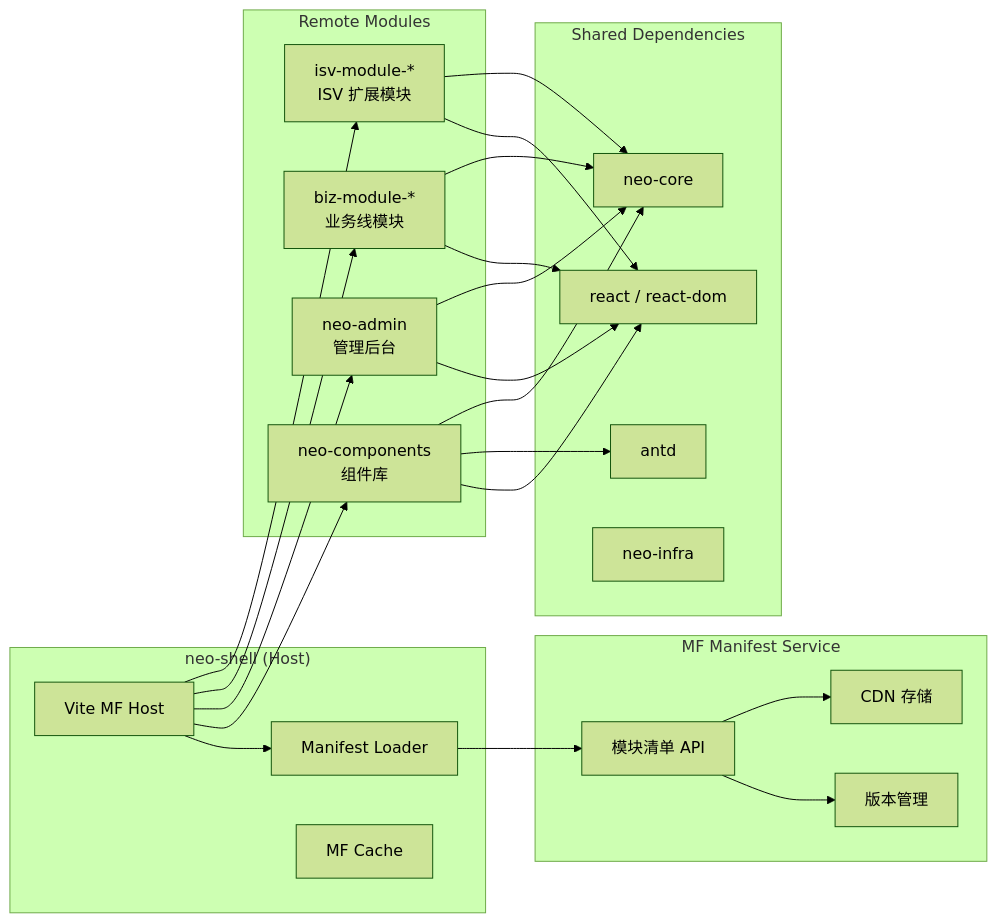
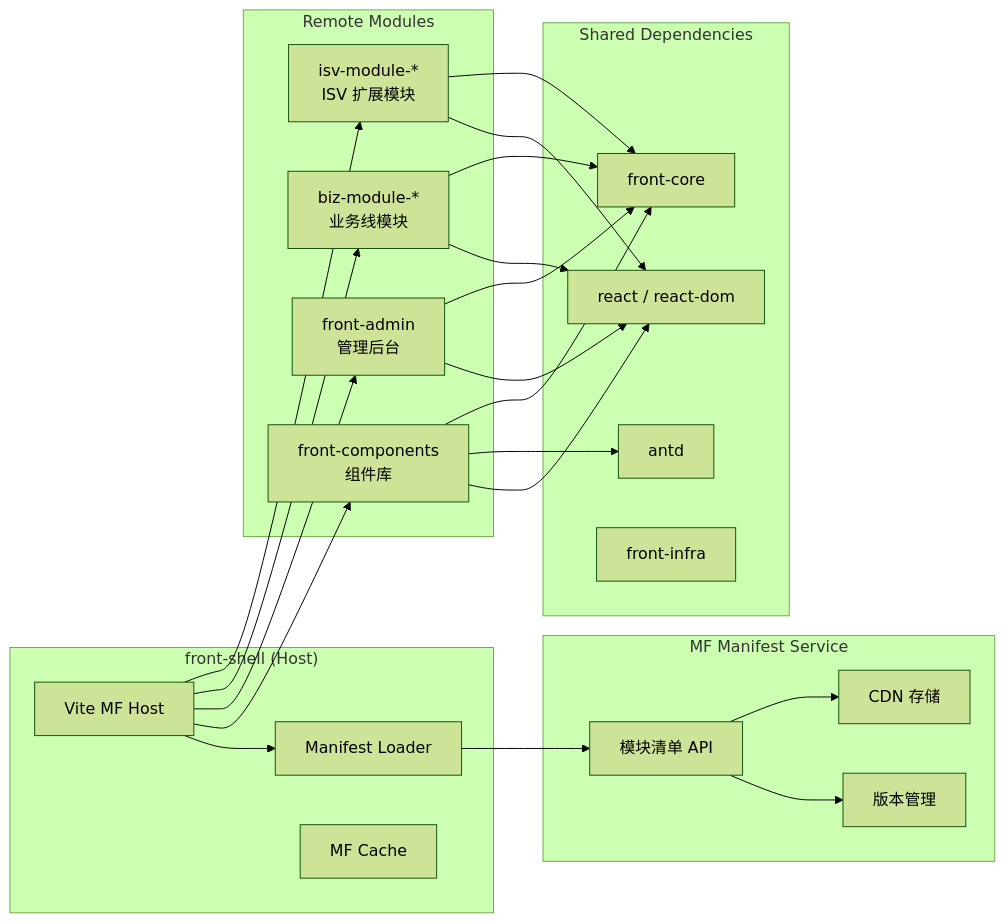
One commit to chengqipeng/ai-pm-team changed the second of 6 diagrams in product-specs/frontend-framework/新一代前端框架设计方案.md. Above: the diagram before and after it, drawn with Mermaid (forest theme). The commit also changed other lines of this file and 4 other files, not shown here.

````diff
--- a/product-specs/frontend-framework/新一代前端框架设计方案.md
+++ b/product-specs/frontend-framework/新一代前端框架设计方案.md
@@ -727,48 +721,48 @@
 ```mermaid
 graph LR
-    subgraph 主应用["neo-shell (Host)"]
+    subgraph 主应用["front-shell (Host)"]
         HOST["Vite MF Host"]
         MAN["Manifest Loader"]
         CACHE["MF Cache"]
     end
 
     subgraph 远程模块["Remote Modules"]
-        COMP["neo-components<br/>组件库"]
-        ADMIN["neo-admin<br/>管理后台"]
+        COMP["front-components<br/>组件库"]
+        ADMIN["front-admin<br/>管理后台"]
         BIZ["biz-module-*<br/>业务线模块"]
         ISV["isv-module-*<br/>ISV 扩展模块"]
     end
 
     subgraph 共享层["Shared Dependencies"]
         REACT["react / react-dom"]
         ANTD["antd"]
-        CORE["neo-core"]
-        INFRA["neo-infra"]
+        CORE["front-core"]
+        INFRA["front-infra"]
     end
 
     subgraph 服务端["MF Manifest Service"]
         MS["模块清单 API"]
         CDN2["CDN 存储"]
         VER["版本管理"]
     end
 
     HOST --> MAN
     MAN --> MS
     MS --> VER
     MS --> CDN2
 
     HOST --> COMP
     HOST --> ADMIN
     HOST --> BIZ
     HOST --> ISV
 
     COMP --> REACT
     COMP --> ANTD
     COMP --> CORE
     ADMIN --> REACT
     ADMIN --> CORE
     BIZ --> REACT
     BIZ --> CORE
     ISV --> REACT
     ISV --> CORE
 ```
````
